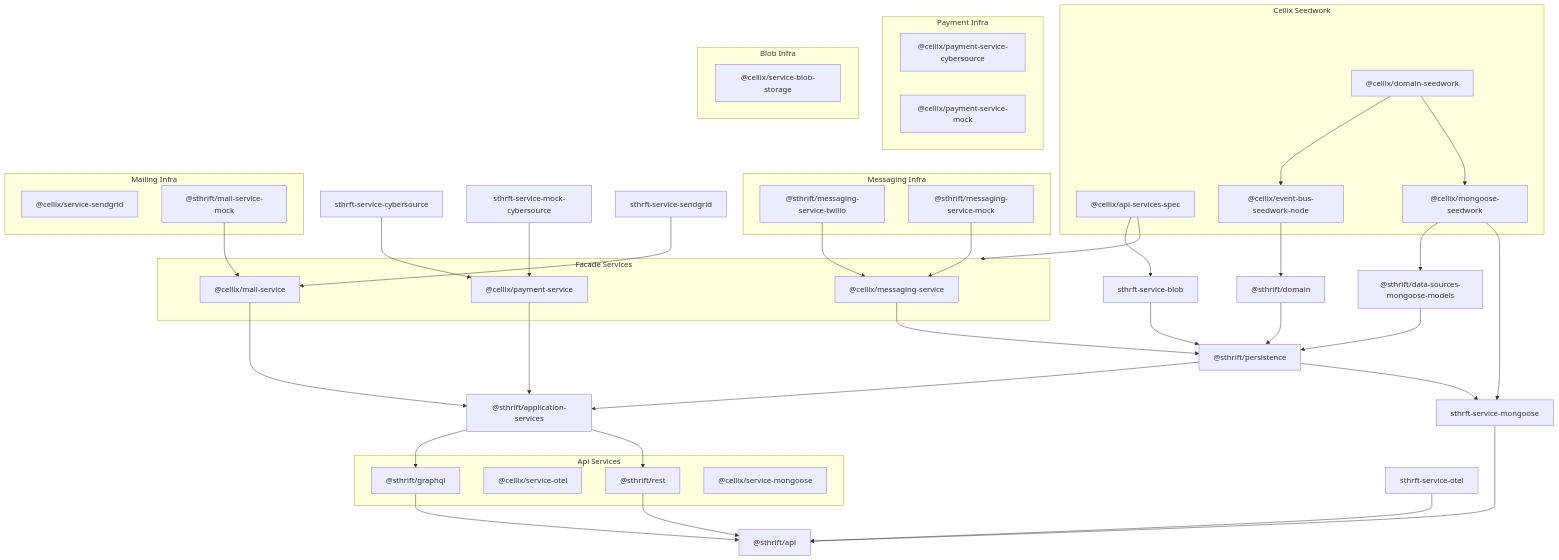
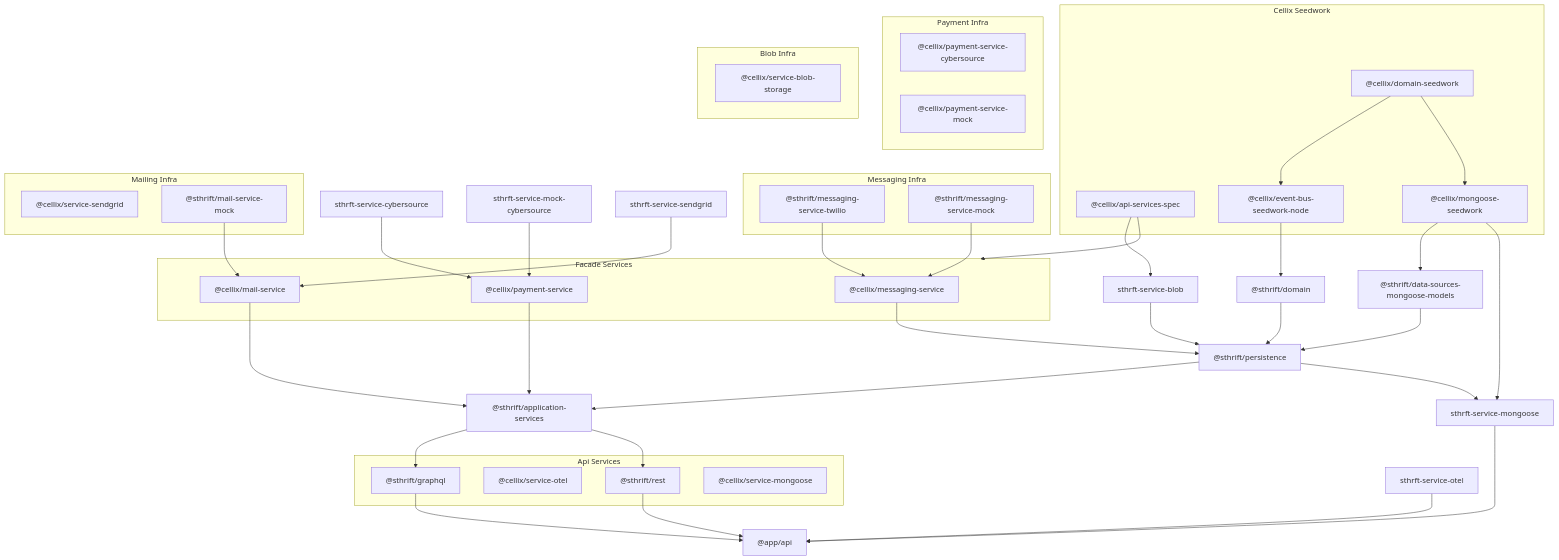
One commit to simnova/sharethrift changed the diagram in documents/architecture-diagram.md. Above: the diagram before and after it, drawn with Mermaid. The commit also changed 14 other files, not shown here.

````diff
--- a/documents/architecture-diagram.md
+++ b/documents/architecture-diagram.md
@@ -65,7 +65,7 @@
   end
 
   %% API Entrypoint (bottom)
-  sthrft-api["@sthrift/api"]
+  sthrft-api["@app/api"]
 
   %% Connections
   cellix-domain-seedwork --> cellix-event-bus-seedwork-node
@@ -115,5 +115,5 @@
   sthrft-rest --> sthrft-api
 
   %% API entrypoint
-  sthrft-api["@sthrift/api"]
+  sthrft-api["@app/api"]
 ```
````
